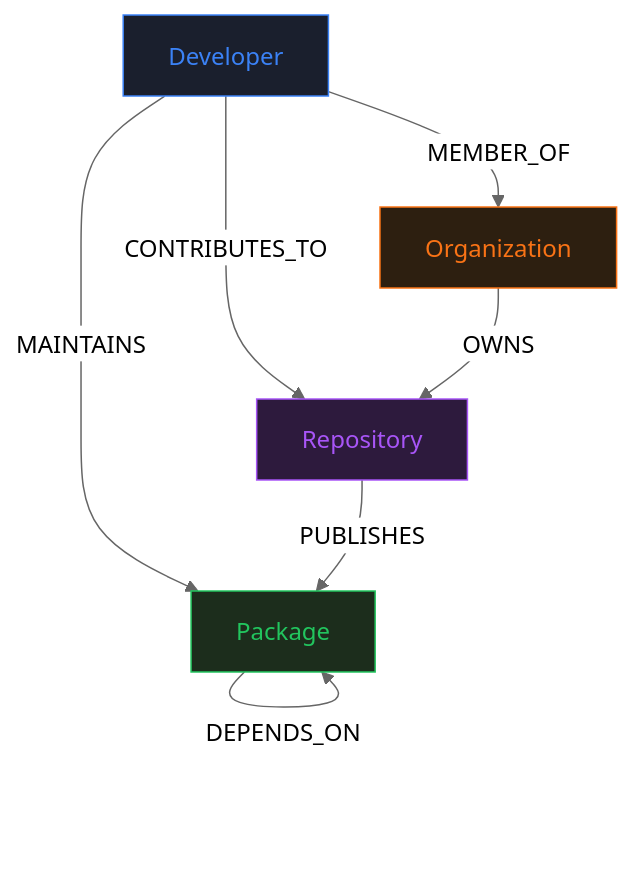
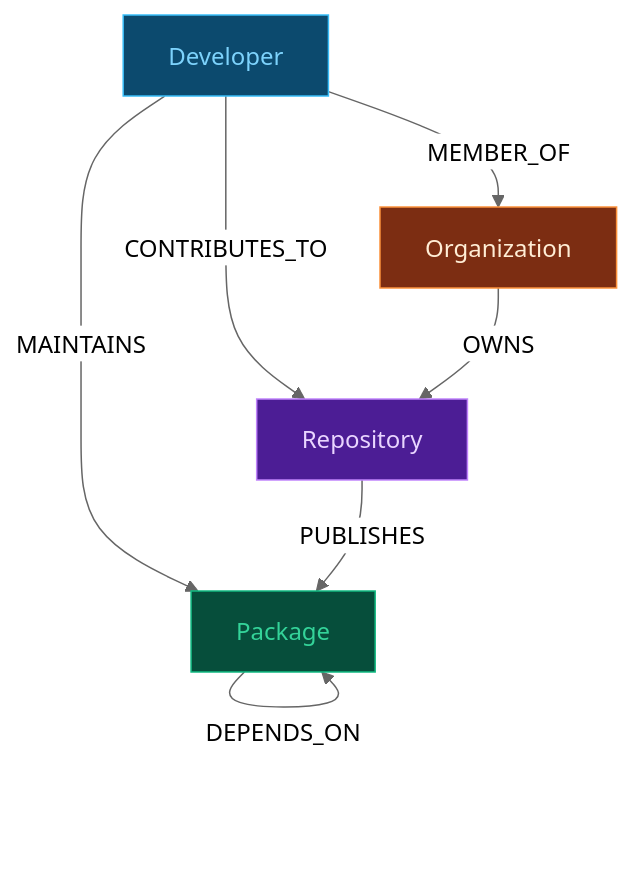
Before and after one commit to kumarswamyg2005/DepGraph: the diagram in README.md, drawn with Mermaid (neutral theme). The commit also changed other lines of this file, not shown here.

````diff
--- a/README.md
+++ b/README.md
@@ -29,14 +41,14 @@
 ```mermaid
 graph TD
     Developer -->|MAINTAINS| Package
     Developer -->|CONTRIBUTES_TO| Repository
     Developer -->|MEMBER_OF| Organization
     Repository -->|PUBLISHES| Package
     Package -->|DEPENDS_ON| Package
     Organization -->|OWNS| Repository
 
-    style Package fill:#1c2d1c,stroke:#22c55e,color:#22c55e
-    style Developer fill:#1a1f2d,stroke:#3b82f6,color:#3b82f6
-    style Repository fill:#2d1a3d,stroke:#a855f7,color:#a855f7
-    style Organization fill:#2d1f10,stroke:#f97316,color:#f97316
+    style Package fill:#064e3b,stroke:#10b981,color:#34d399
+    style Developer fill:#0c4a6e,stroke:#38bdf8,color:#7dd3fc
+    style Repository fill:#4c1d95,stroke:#c084fc,color:#e9d5ff
+    style Organization fill:#7c2d12,stroke:#fb923c,color:#ffedd5
 ```
````
